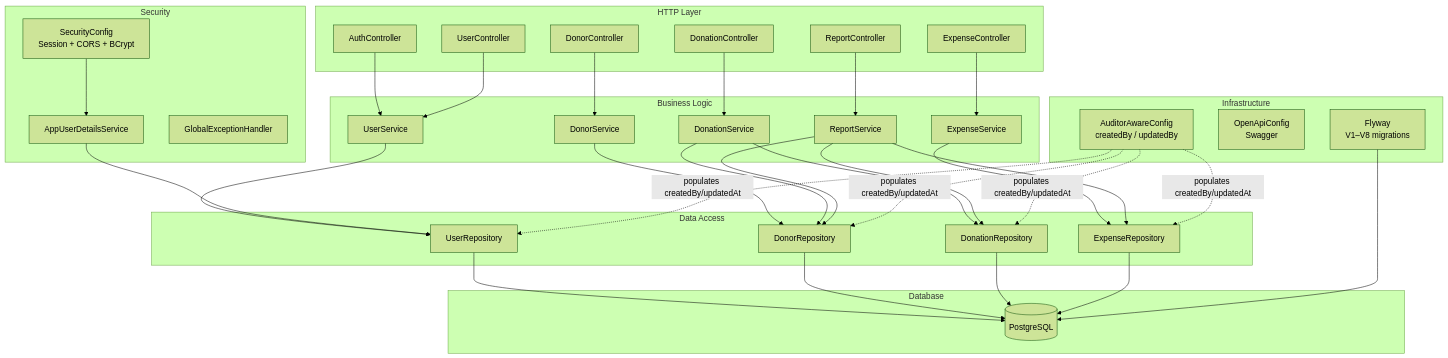
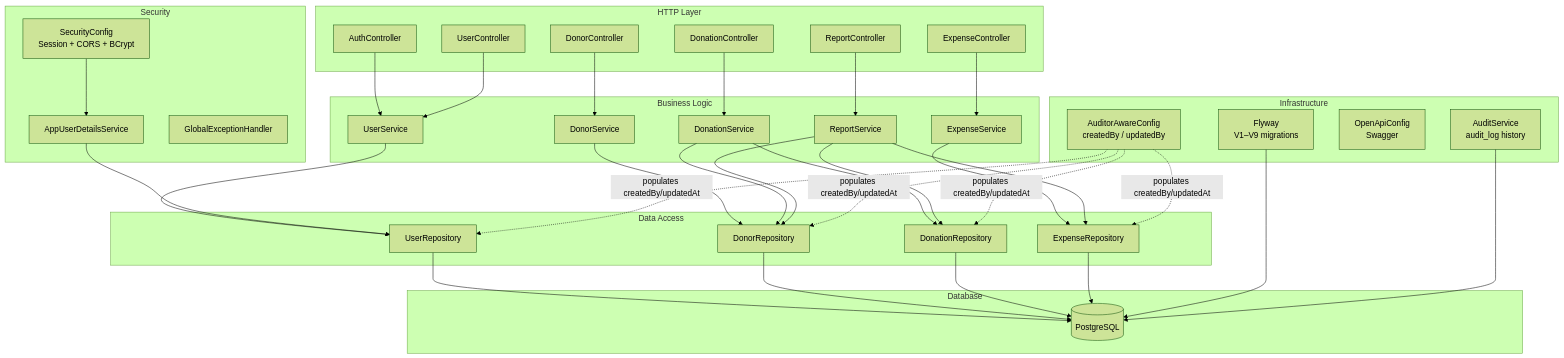
Before and after one commit to jorgetroya80/donations-api: the second of 12 diagrams in docs/architecture.md, drawn with Mermaid (forest theme). The commit also changed other lines of this file and 17 other files, not shown here.

First line of the commit message:
feat: append-only audit log of who and when per change (#58)

````diff
--- a/docs/architecture.md
+++ b/docs/architecture.md
@@ -112,72 +112,74 @@
 ```mermaid
 graph TB
     subgraph "HTTP Layer"
         AC[AuthController]
         UC[UserController]
         DC[DonorController]
         DOC[DonationController]
         EC[ExpenseController]
         RC[ReportController]
     end
 
     subgraph "Security"
         SEC[SecurityConfig<br/>Session + CORS + BCrypt]
         UDS[AppUserDetailsService]
         GEH[GlobalExceptionHandler]
     end
 
     subgraph "Business Logic"
         US[UserService]
         DS[DonorService]
         DOS[DonationService]
         ES[ExpenseService]
         RS[ReportService]
     end
 
     subgraph "Data Access"
         UR[UserRepository]
         DR[DonorRepository]
         DOR[DonationRepository]
         ER[ExpenseRepository]
     end
 
     subgraph "Infrastructure"
         AUD[AuditorAwareConfig<br/>createdBy / updatedBy]
+        ALOG[AuditService<br/>audit_log history]
         OAP[OpenApiConfig<br/>Swagger]
-        FLY[Flyway<br/>V1–V8 migrations]
+        FLY[Flyway<br/>V1–V9 migrations]
     end
 
     subgraph "Database"
         PG[(PostgreSQL)]
     end
 
     AC --> US
     UC --> US
     DC --> DS
     DOC --> DOS
     EC --> ES
     RC --> RS
 
     US --> UR
     DS --> DR
     DOS --> DOR
     DOS --> DR
     ES --> ER
     RS --> DOR
     RS --> ER
     RS --> DR
 
     UDS --> UR
     SEC --> UDS
 
     UR --> PG
     DR --> PG
     DOR --> PG
     ER --> PG
     FLY --> PG
+    ALOG --> PG
 
     AUD -.->|"populates createdBy/updatedAt"| UR
     AUD -.->|"populates createdBy/updatedAt"| DR
     AUD -.->|"populates createdBy/updatedAt"| DOR
     AUD -.->|"populates createdBy/updatedAt"| ER
 ```
````
